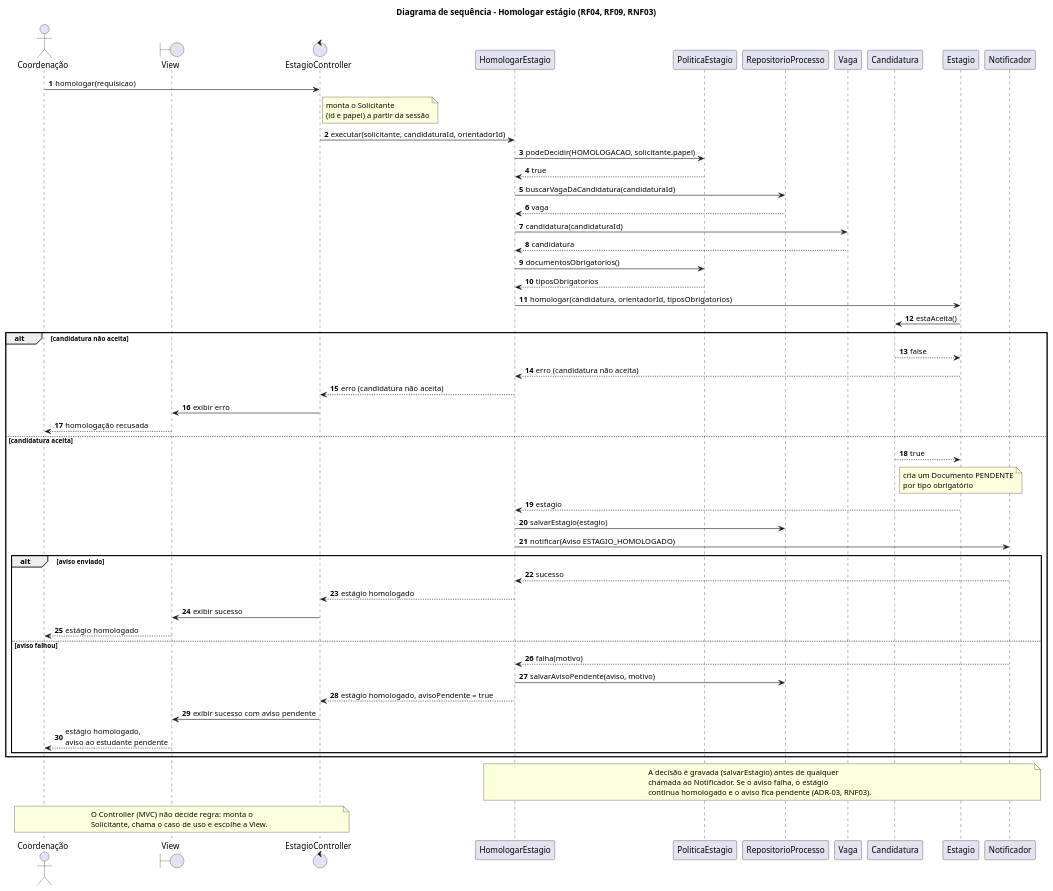
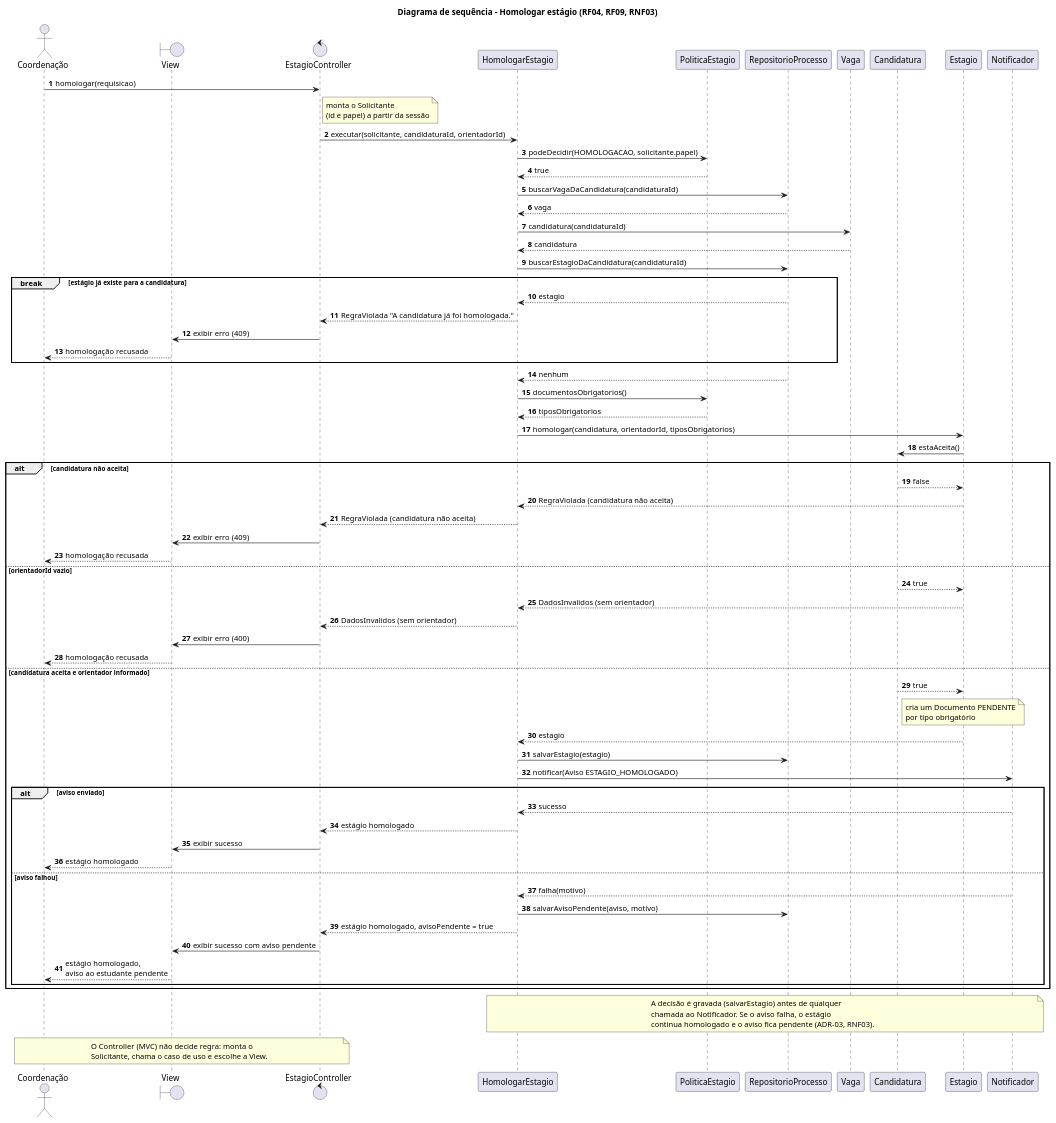
The diagram in docs/diagramas/sequencia.puml (sofiawl/SoftwareDesign), drawn with PlantUML before and after one commit. The commit also changed 6 other files, not shown here.

Commit message:
docs: update diagrams names

```diff
--- a/docs/diagramas/sequencia.puml
+++ b/docs/diagramas/sequencia.puml
@@ -1,66 +1,82 @@
 @startuml sequencia
 title Diagrama de sequência - Homologar estágio (RF04, RF09, RNF03)
 autonumber
 
 actor "Coordenação" as Coord
 boundary "View" as View
 control "EstagioController" as Ctrl
 participant "HomologarEstagio" as UC
 participant "PoliticaEstagio" as Pol
 participant "RepositorioProcesso" as Repo
 participant "Vaga" as Vaga
 participant "Candidatura" as Cand
 participant "Estagio" as Est
 participant "Notificador" as Not
 
 Coord -> Ctrl : homologar(requisicao)
 note right of Ctrl : monta o Solicitante\n(id e papel) a partir da sessão
 Ctrl -> UC : executar(solicitante, candidaturaId, orientadorId)
 UC -> Pol : podeDecidir(HOMOLOGACAO, solicitante.papel)
 Pol --> UC : true
 UC -> Repo : buscarVagaDaCandidatura(candidaturaId)
 Repo --> UC : vaga
 UC -> Vaga : candidatura(candidaturaId)
 Vaga --> UC : candidatura
+UC -> Repo : buscarEstagioDaCandidatura(candidaturaId)
+
+break estágio já existe para a candidatura
+  Repo --> UC : estagio
+  UC --> Ctrl : RegraViolada "A candidatura já foi homologada."
+  Ctrl -> View : exibir erro (409)
+  View --> Coord : homologação recusada
+end
+
+Repo --> UC : nenhum
 UC -> Pol : documentosObrigatorios()
 Pol --> UC : tiposObrigatorios
 UC -> Est : homologar(candidatura, orientadorId, tiposObrigatorios)
 Est -> Cand : estaAceita()
 
 alt candidatura não aceita
   Cand --> Est : false
-  Est --> UC : erro (candidatura não aceita)
-  UC --> Ctrl : erro (candidatura não aceita)
-  Ctrl -> View : exibir erro
+  Est --> UC : RegraViolada (candidatura não aceita)
+  UC --> Ctrl : RegraViolada (candidatura não aceita)
+  Ctrl -> View : exibir erro (409)
   View --> Coord : homologação recusada
-else candidatura aceita
+else orientadorId vazio
+  Cand --> Est : true
+  Est --> UC : DadosInvalidos (sem orientador)
+  UC --> Ctrl : DadosInvalidos (sem orientador)
+  Ctrl -> View : exibir erro (400)
+  View --> Coord : homologação recusada
+else candidatura aceita e orientador informado
   Cand --> Est : true
   note over Est : cria um Documento PENDENTE\npor tipo obrigatório
   Est --> UC : estagio
   UC -> Repo : salvarEstagio(estagio)
   UC -> Not : notificar(Aviso ESTAGIO_HOMOLOGADO)
   alt aviso enviado
     Not --> UC : sucesso
     UC --> Ctrl : estágio homologado
     Ctrl -> View : exibir sucesso
     View --> Coord : estágio homologado
   else aviso falhou
     Not --> UC : falha(motivo)
     UC -> Repo : salvarAvisoPendente(aviso, motivo)
     UC --> Ctrl : estágio homologado, avisoPendente = true
     Ctrl -> View : exibir sucesso com aviso pendente
     View --> Coord : estágio homologado,\naviso ao estudante pendente
   end
 end
 
 note over UC, Not
   A decisão é gravada (salvarEstagio) antes de qualquer
   chamada ao Notificador. Se o aviso falha, o estágio
   continua homologado e o aviso fica pendente (ADR-03, RNF03).
 end note
 
 note over Coord, Ctrl
   O Controller (MVC) não decide regra: monta o
   Solicitante, chama o caso de uso e escolhe a View.
 end note
 @enduml
```
